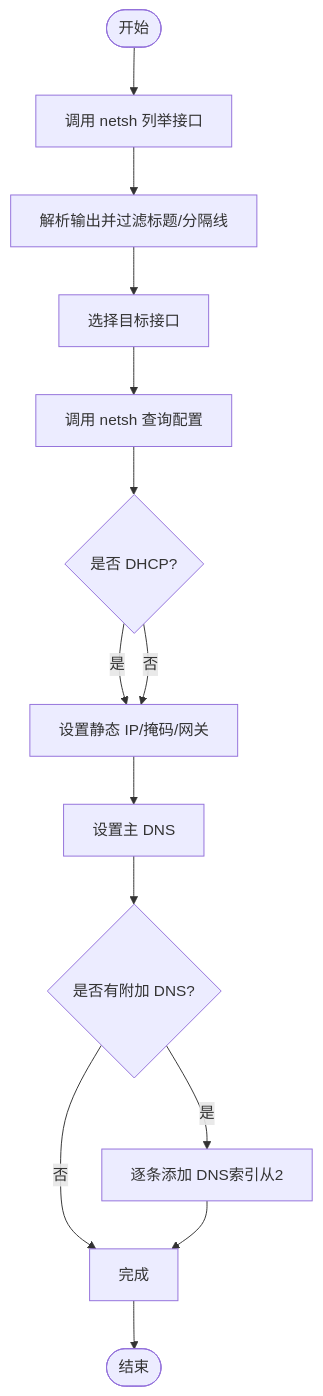
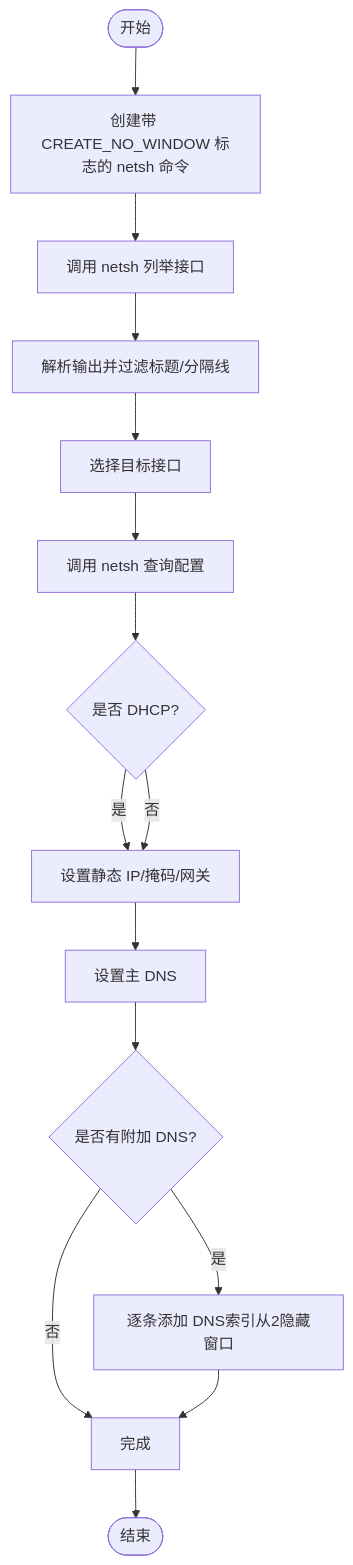
The fourth of 9 diagrams in .qoder/repowiki/zh/content/后端开发指南/平台集成.md (xdongliang/IPSwitcher), drawn with Mermaid before and after one commit. The commit also changed other lines of this file and 3 other files, not shown here.

````diff
--- a/.qoder/repowiki/zh/content/后端开发指南/平台集成.md
+++ b/.qoder/repowiki/zh/content/后端开发指南/平台集成.md
@@ -231,16 +263,17 @@
 ```mermaid
 flowchart TD
-Start(["开始"]) --> List["调用 netsh 列举接口"]
+Start(["开始"]) --> CreateCmd["创建带 CREATE_NO_WINDOW 标志的 netsh 命令"]
+CreateCmd --> List["调用 netsh 列举接口"]
 List --> ParseList["解析输出并过滤标题/分隔线"]
 ParseList --> Select["选择目标接口"]
 Select --> Config["调用 netsh 查询配置"]
 Config --> DHCP{"是否 DHCP?"}
 DHCP --> |是| Static["设置静态 IP/掩码/网关"]
 DHCP --> |否| Static
 Static --> SetDNS["设置主 DNS"]
 SetDNS --> AddDNS{"是否有附加 DNS?"}
-AddDNS --> |是| AddLoop["逐条添加 DNS索引从2"]
+AddDNS --> |是| AddLoop["逐条添加 DNS索引从2隐藏窗口"]
 AddDNS --> |否| Done
 AddLoop --> Done["完成"]
 Done --> End(["结束"])
 ```
````
